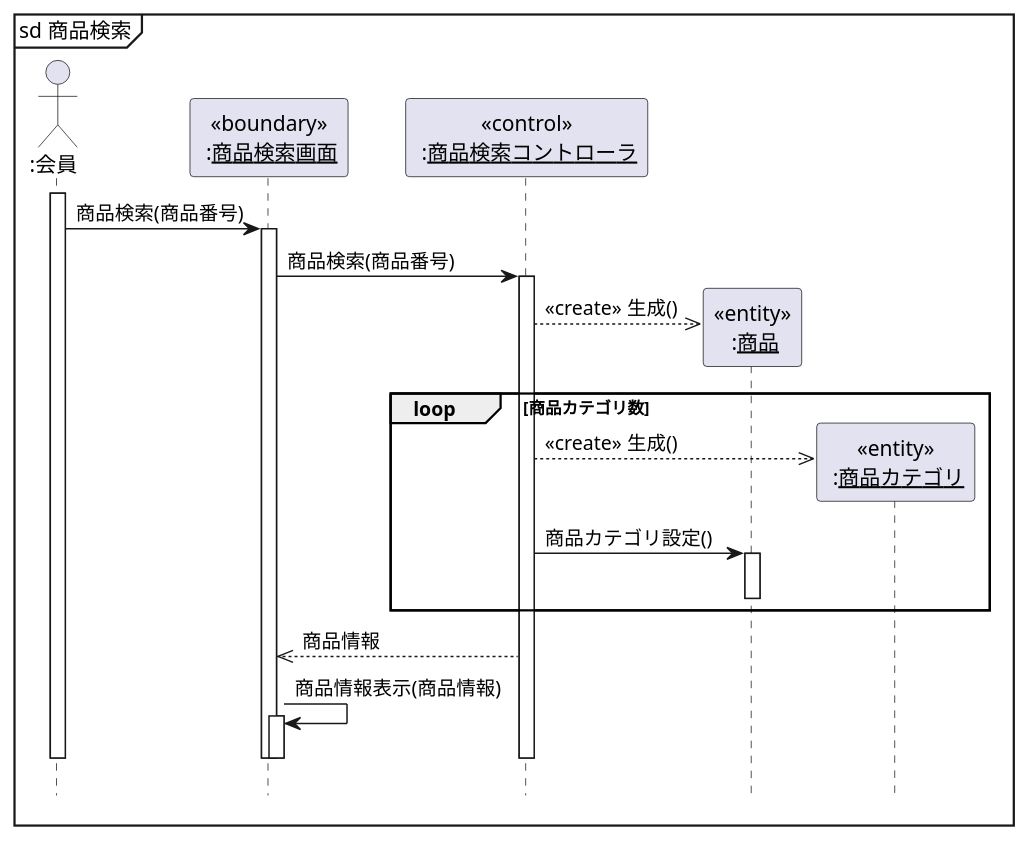
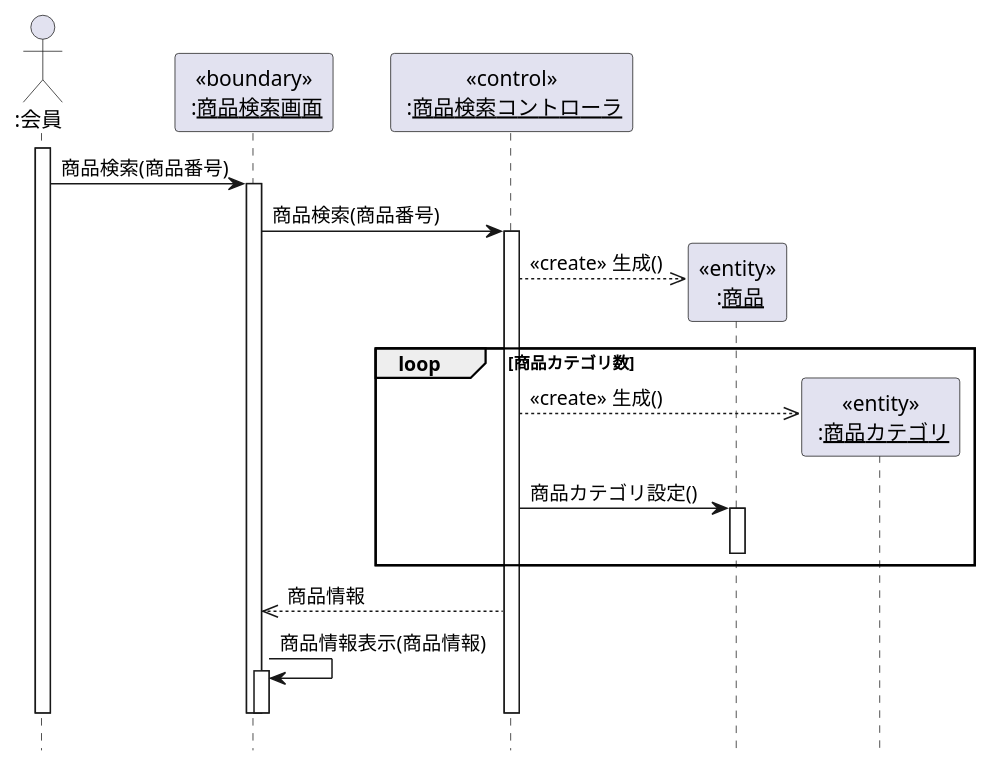
The diagram in 演習4/演習4-5_SD_商品情報検索.pu (moppechan/uml_introduction), drawn with PlantUML before and after one commit. The commit also changed 1 other file, not shown here.

```diff
--- a/演習4/演習4-5_SD_商品情報検索.pu
+++ b/演習4/演習4-5_SD_商品情報検索.pu
@@ -1,29 +1,28 @@
 @startuml 商品情報検索
 hide footbox
 actor ":会員" as user
 participant "<<boundary>>\n :<u>商品検索画面</u>" as boundary
 participant "<<control>>\n :<u>商品検索コントローラ</u>" as control
 
-    mainframe sd 商品検索
         activate user
             user -> boundary: 商品検索(商品番号)
             activate boundary
                 boundary -> control: 商品検索(商品番号)
                 activate control
                     create "<<entity>>\n :<u>商品</u>" as product
                     control -->> product: <<create>> 生成()
                     loop 商品カテゴリ数
                         create "<<entity>>\n :<u>商品カテゴリ</u>" as category
                         control -->> category:<<create>> 生成()
                         control -> product: 商品カテゴリ設定()
                         activate product
                         deactivate product
                     end loop
                     boundary <<-- control:商品情報
                     boundary -> boundary:  商品情報表示(商品情報)
                     activate boundary
                     deactivate boundary 
                 deactivate control
             deactivate boundary
         deactivate user
 @enduml
```
